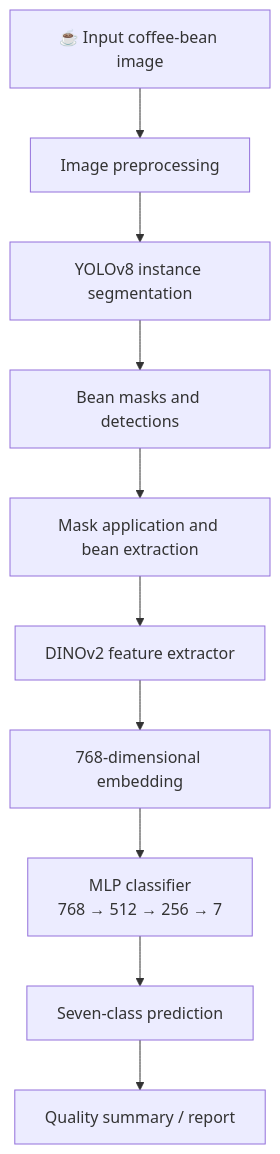
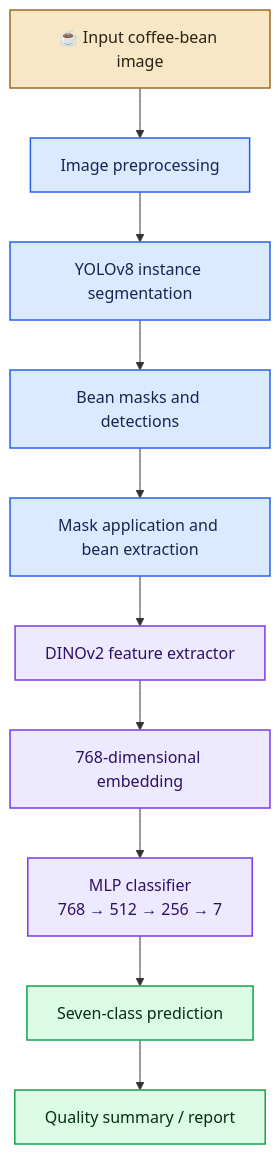
Before and after one commit to Nikhil-cloudexpert/BeanVision_AI: the first of 3 diagrams in README.md, drawn with Mermaid. The commit also changed other lines of this file, not shown here.

````diff
--- a/README.md
+++ b/README.md
@@ -63,12 +60,21 @@
 ```mermaid
 flowchart TD
     A["☕ Input coffee-bean image"] --> B["Image preprocessing"]
     B --> C["YOLOv8 instance segmentation"]
     C --> D["Bean masks and detections"]
     D --> E["Mask application and bean extraction"]
     E --> F["DINOv2 feature extractor"]
     F --> G["768-dimensional embedding"]
     G --> H["MLP classifier<br/>768 → 512 → 256 → 7"]
     H --> I["Seven-class prediction"]
     I --> J["Quality summary / report"]
+
+    classDef input fill:#f7e7c6,stroke:#9a6b22,color:#2b2112,stroke-width:1.5px;
+    classDef vision fill:#dbeafe,stroke:#2563eb,color:#172554,stroke-width:1.5px;
+    classDef model fill:#ede9fe,stroke:#7c3aed,color:#2e1065,stroke-width:1.5px;
+    classDef output fill:#dcfce7,stroke:#16a34a,color:#052e16,stroke-width:1.5px;
+    class A input;
+    class B,C,D,E vision;
+    class F,G,H model;
+    class I,J output;
 ```
````
